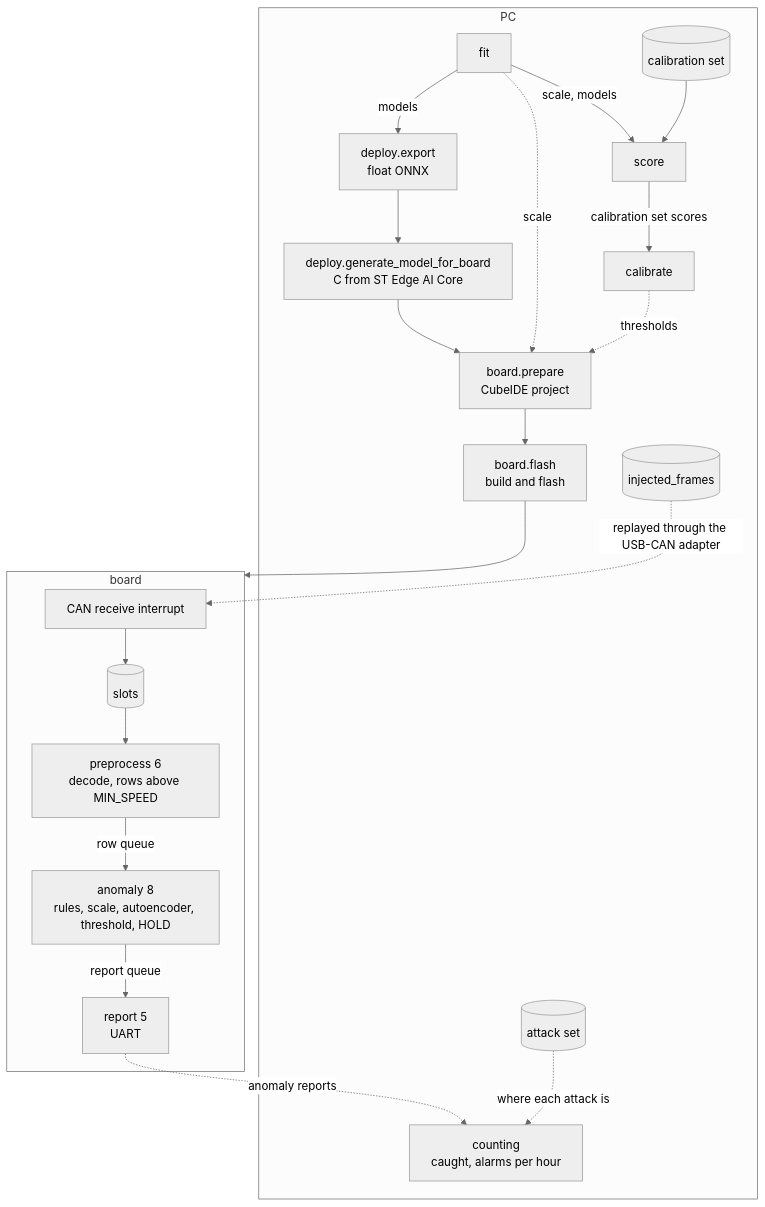
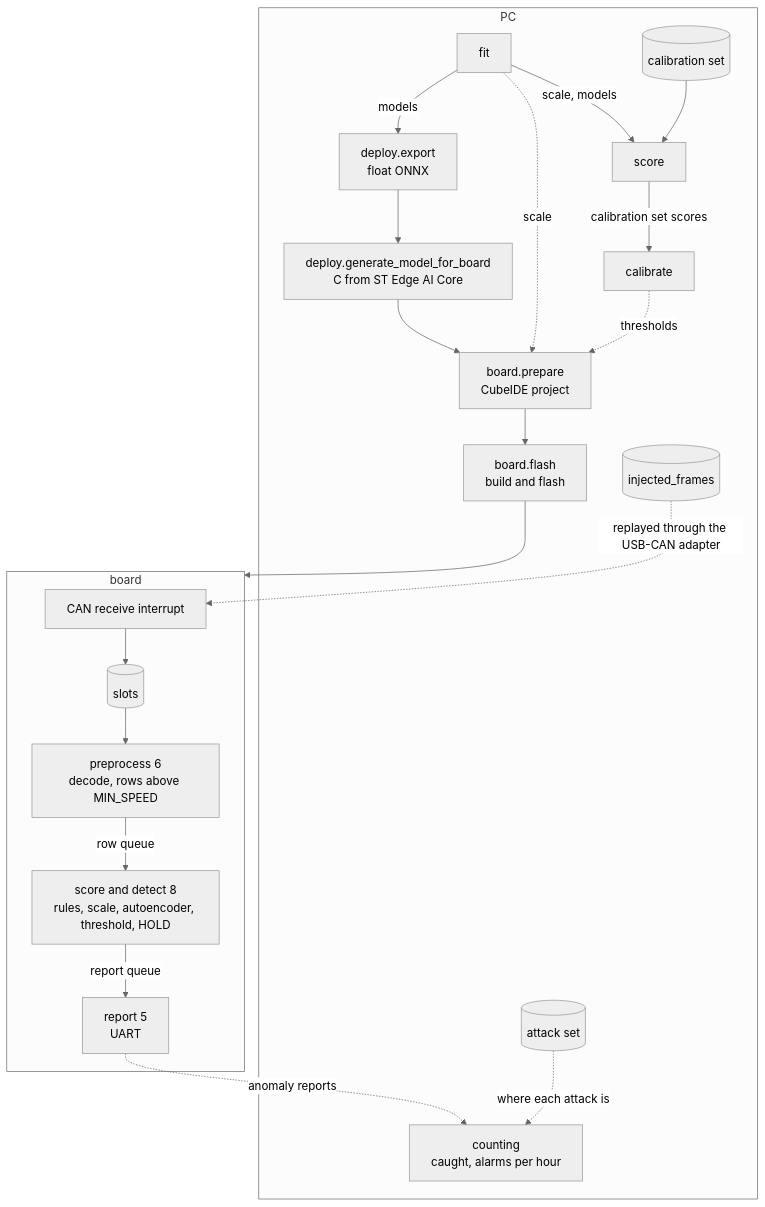
The second of 2 diagrams in board/docs/goal.md (asana17/ai_can_anomaly_detection), drawn with Mermaid (neutral theme) before and after one commit. The commit also changed other lines of this file, not shown here.

Commit message:
docs(board): name the anomaly task score and detect

````diff
--- a/board/docs/goal.md
+++ b/board/docs/goal.md
@@ -97,29 +97,29 @@
 ```mermaid
 flowchart TB
     subgraph pc["PC"]
         fit -- models --> export["deploy.export<br/>float ONNX"]
         export --> gen["deploy.generate_model_for_board<br/>C from ST Edge AI Core"]
         gen --> prepare["board.prepare<br/>CubeIDE project"]
         fit -. scale .-> prepare
         calibration[(calibration set)] --> score
         fit -- scale, models --> score
         score -- calibration set scores --> calibrate
         calibrate -. thresholds .-> prepare
         prepare --> flash["board.flash<br/>build and flash"]
         frames[(injected_frames)]
         attack[(attack set)]
         counting["counting<br/>caught, alarms per hour"]
     end
 
     subgraph board["board"]
         irq[CAN receive interrupt] --> slots[(slots)]
         slots --> pre["preprocess 6<br/>decode, rows above MIN_SPEED"]
-        pre -- row queue --> ano["anomaly 8<br/>rules, scale, autoencoder, threshold, HOLD"]
+        pre -- row queue --> ano["score and detect 8<br/>rules, scale, autoencoder, threshold, HOLD"]
         ano -- report queue --> rep["report 5<br/>UART"]
     end
 
     flash --> board
     frames -. replayed through the USB-CAN adapter .-> irq
     attack -. where each attack is .-> counting
     rep -. anomaly reports .-> counting
 ```
````
